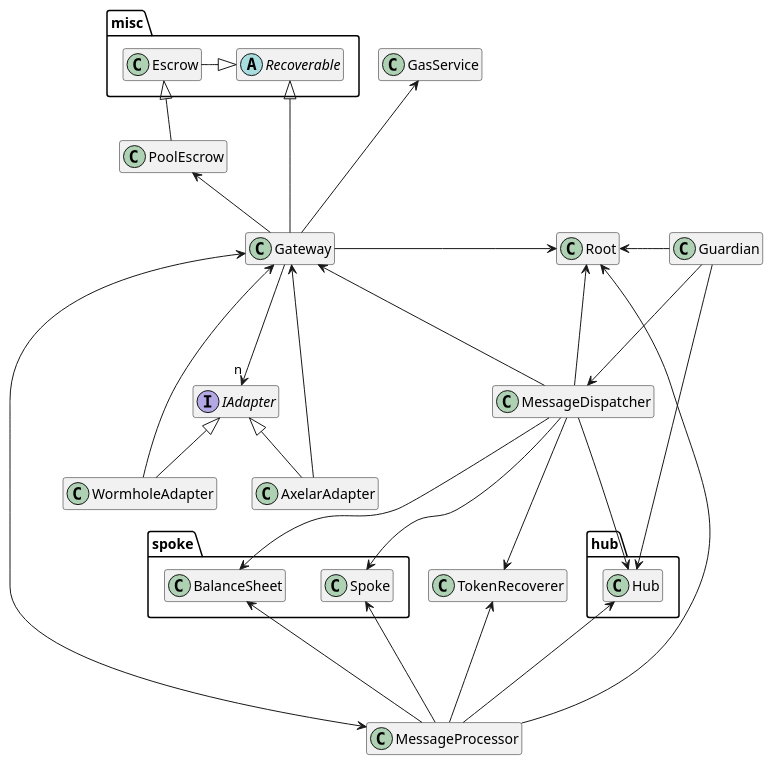
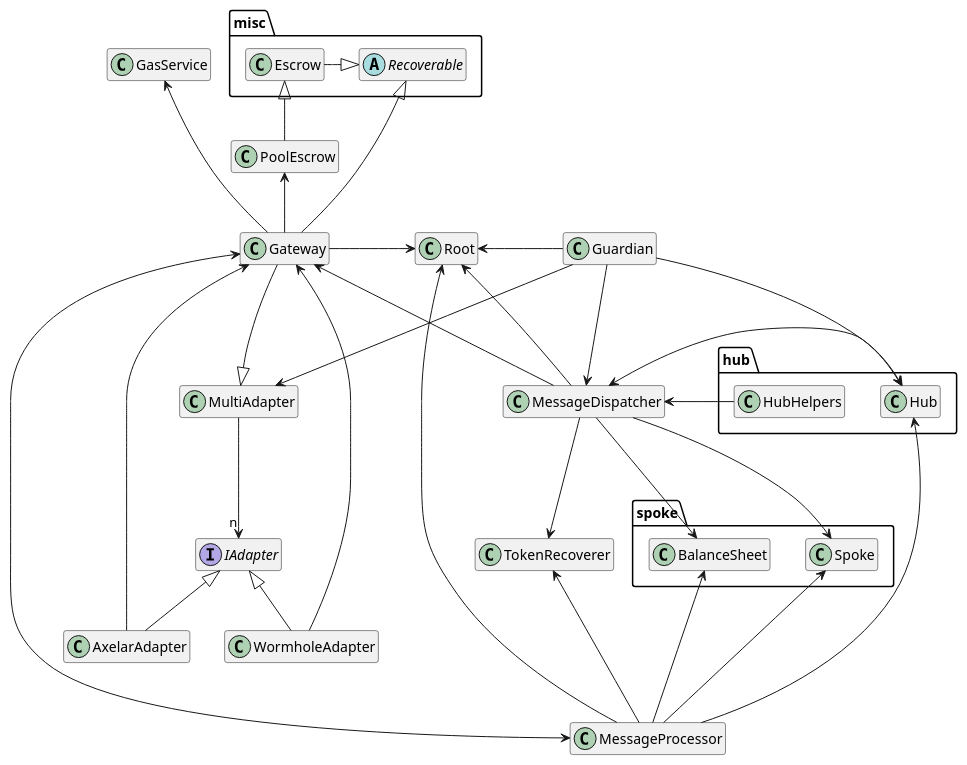
Before and after one commit to centrifuge/protocol: the diagram in docs/architecture/common.puml, drawn with PlantUML. The commit also changed 1 other file, not shown here.

Commit message:
Update diagrams

```diff
--- a/docs/architecture/common.puml
+++ b/docs/architecture/common.puml
@@ -1,64 +1,68 @@
 @startuml
 hide empty members
 
 package misc {
     abstract Recoverable
     class Escrow
 }
 
 package hub {
     class Hub
+    class HubHelpers
 }
 
 package spoke {
     class Spoke
     class BalanceSheet
 }
 
 interface IAdapter
 
 class TokenRecoverer
 class Root
 class MessageDispatcher
 class MessageProcessor
 class Gateway
 class AxelarAdapter
 class WormholeAdapter
 class Guardian
 class GasService
 class PoolEscrow
 
 AxelarAdapter -up-|> IAdapter
 AxelarAdapter -up--> Gateway
 
 WormholeAdapter -up-|> IAdapter
 WormholeAdapter -up--> Gateway
 
 MessageProcessor --up-> Root
 MessageProcessor --up-> TokenRecoverer
 MessageProcessor --up-> Hub
 MessageProcessor --up-> Spoke
 MessageProcessor --up-> BalanceSheet
 MessageProcessor <--up-> Gateway
 
 MessageDispatcher ---> Root
 MessageDispatcher ---> TokenRecoverer
 MessageDispatcher ---> Gateway
-MessageDispatcher ---> Hub
+MessageDispatcher <--> Hub
+HubHelpers ---> MessageDispatcher
 MessageDispatcher ---> Spoke
 MessageDispatcher ---> BalanceSheet
 
 Guardian ---> Hub
 Guardian -left---> Root
 Guardian ---> MessageDispatcher
+Guardian ---> MultiAdapter
 
 Gateway -up--> GasService
 Gateway -up--|> Recoverable
 Gateway -right-> Root
-Gateway -down-->"n" IAdapter
+Gateway -down--|> MultiAdapter
+MultiAdapter -down-->"n" IAdapter
 Gateway -up->PoolEscrow
 
 PoolEscrow -up-|> Escrow
 Escrow -right-|> Recoverable
 
 @enduml
```
